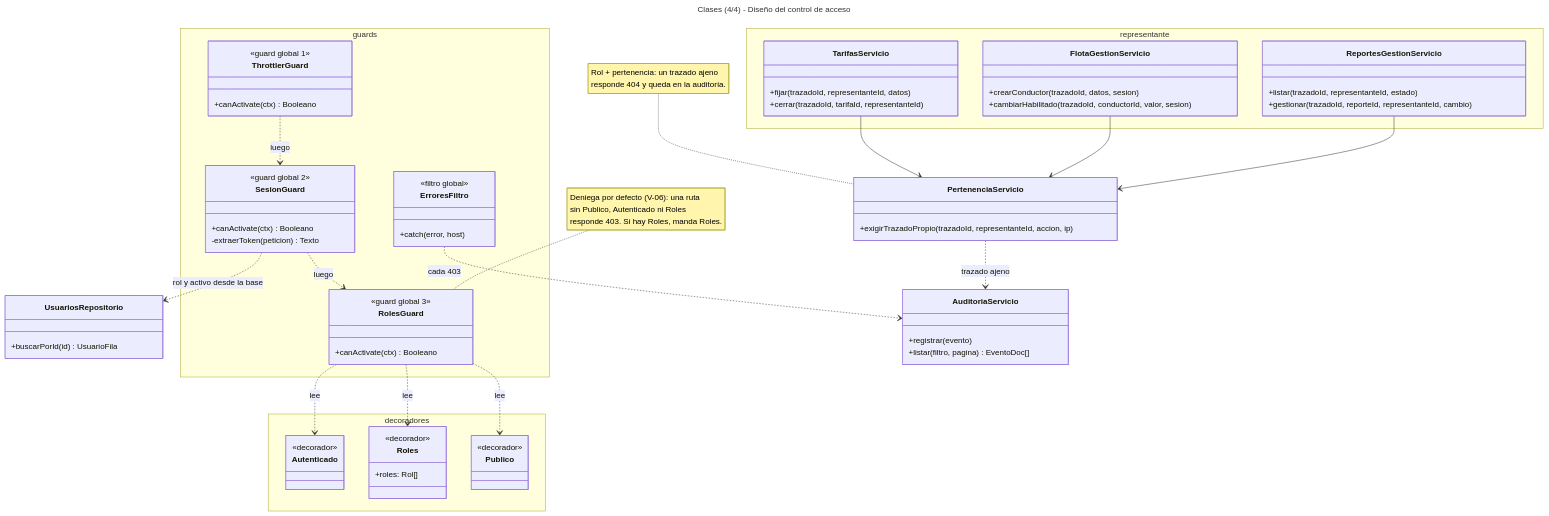
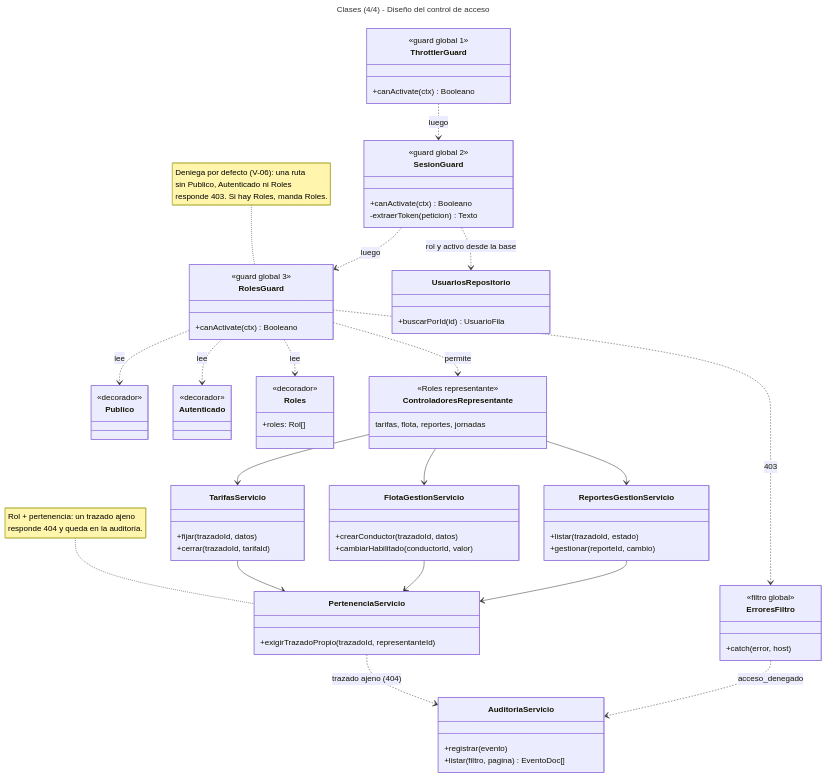
Before and after one commit to bejota64/colectivos: the diagram in docs/uml/06-clases-control-acceso.mmd, drawn with Mermaid. The commit also changed 7 other files, not shown here.

Commit message:
Informe de la Eva 4 y diagramas UML mas legibles

```diff
--- a/docs/uml/06-clases-control-acceso.mmd
+++ b/docs/uml/06-clases-control-acceso.mmd
@@ -1,76 +1,79 @@
 ---
 title: Clases (4/4) - Diseño del control de acceso
 ---
 classDiagram
   direction TB
-  namespace guards {
-    class ThrottlerGuard {
-      <<guard global 1>>
-      +canActivate(ctx) Booleano
-    }
-    class SesionGuard {
-      <<guard global 2>>
-      +canActivate(ctx) Booleano
-      -extraerToken(peticion) Texto
-    }
-    class RolesGuard {
-      <<guard global 3>>
-      +canActivate(ctx) Booleano
-    }
-    class ErroresFiltro {
-      <<filtro global>>
-      +catch(error, host)
-    }
+  class ThrottlerGuard {
+    <<guard global 1>>
+    +canActivate(ctx) Booleano
   }
-  namespace decoradores {
-    class Publico {
-      <<decorador>>
-    }
-    class Autenticado {
-      <<decorador>>
-    }
-    class Roles {
-      <<decorador>>
-      +roles: Rol[]
-    }
+  class SesionGuard {
+    <<guard global 2>>
+    +canActivate(ctx) Booleano
+    -extraerToken(peticion) Texto
   }
-  namespace representante {
-    class TarifasServicio {
-      +fijar(trazadoId, representanteId, datos)
-      +cerrar(trazadoId, tarifaId, representanteId)
-    }
-    class FlotaGestionServicio {
-      +crearConductor(trazadoId, datos, sesion)
-      +cambiarHabilitado(trazadoId, conductorId, valor, sesion)
-    }
-    class ReportesGestionServicio {
-      +listar(trazadoId, representanteId, estado)
-      +gestionar(trazadoId, reporteId, representanteId, cambio)
-    }
+  class RolesGuard {
+    <<guard global 3>>
+    +canActivate(ctx) Booleano
+  }
+  class ErroresFiltro {
+    <<filtro global>>
+    +catch(error, host)
+  }
+  class UsuariosRepositorio {
+    +buscarPorId(id) UsuarioFila
+  }
+  class Publico {
+    <<decorador>>
+  }
+  class Autenticado {
+    <<decorador>>
+  }
+  class Roles {
+    <<decorador>>
+    +roles: Rol[]
+  }
+  class ControladoresRepresentante {
+    <<Roles representante>>
+    tarifas, flota, reportes, jornadas
+  }
+  class TarifasServicio {
+    +fijar(trazadoId, datos)
+    +cerrar(trazadoId, tarifaId)
+  }
+  class FlotaGestionServicio {
+    +crearConductor(trazadoId, datos)
+    +cambiarHabilitado(conductorId, valor)
+  }
+  class ReportesGestionServicio {
+    +listar(trazadoId, estado)
+    +gestionar(reporteId, cambio)
   }
   class PertenenciaServicio {
-    +exigirTrazadoPropio(trazadoId, representanteId, accion, ip)
+    +exigirTrazadoPropio(trazadoId, representanteId)
   }
   class AuditoriaServicio {
     +registrar(evento)
     +listar(filtro, pagina) EventoDoc[]
   }
-  class UsuariosRepositorio {
-    +buscarPorId(id) UsuarioFila
-  }
   ThrottlerGuard ..> SesionGuard : luego
+  SesionGuard ..> UsuariosRepositorio : rol y activo desde la base
   SesionGuard ..> RolesGuard : luego
-  SesionGuard ..> UsuariosRepositorio : rol y activo desde la base
   RolesGuard ..> Publico : lee
+  RolesGuard ..> Autenticado : lee
   RolesGuard ..> Roles : lee
-  RolesGuard ..> Autenticado : lee
-  ErroresFiltro ..> AuditoriaServicio : cada 403
+  RolesGuard ..> ControladoresRepresentante : permite
+  RolesGuard ..> ErroresFiltro : 403
+  ControladoresRepresentante --> TarifasServicio
+  ControladoresRepresentante --> FlotaGestionServicio
+  ControladoresRepresentante --> ReportesGestionServicio
   TarifasServicio --> PertenenciaServicio
   FlotaGestionServicio --> PertenenciaServicio
   ReportesGestionServicio --> PertenenciaServicio
-  PertenenciaServicio ..> AuditoriaServicio : trazado ajeno
+  PertenenciaServicio ..> AuditoriaServicio : trazado ajeno (404)
+  ErroresFiltro ..> AuditoriaServicio : acceso_denegado
   note for RolesGuard "Deniega por defecto (V-06): una ruta
 sin Publico, Autenticado ni Roles
 responde 403. Si hay Roles, manda Roles."
   note for PertenenciaServicio "Rol + pertenencia: un trazado ajeno
 responde 404 y queda en la auditoría."
```
